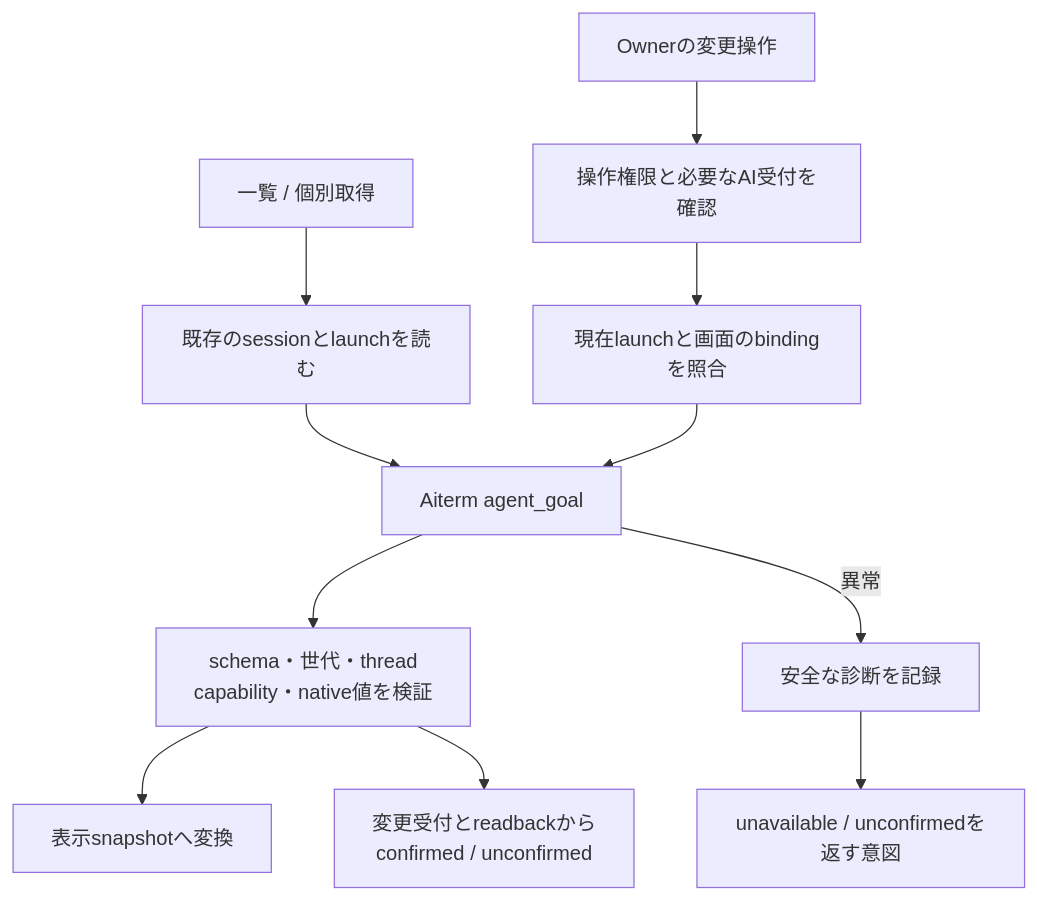
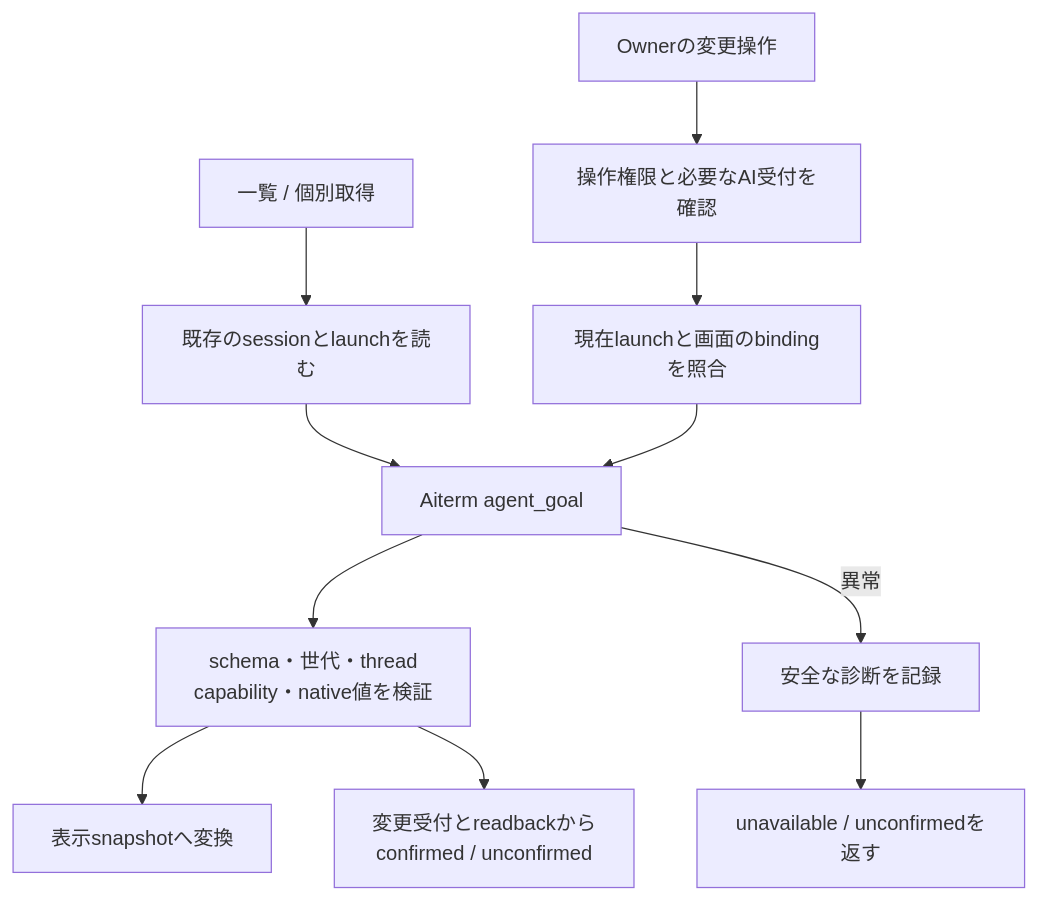
Before and after one commit to kitepon/BellTeam: the third of 3 diagrams in docs/architecture/control-details.md, drawn with Mermaid. The commit also changed other lines of this file and 18 other files, not shown here.

````diff
--- a/docs/architecture/control-details.md
+++ b/docs/architecture/control-details.md
@@ -75,13 +75,13 @@
 ```mermaid
 flowchart TD
   Read["一覧 / 個別取得"] --> Targets["既存のsessionとlaunchを読む"]
   Change["Ownerの変更操作"] --> Gate["操作権限と必要なAI受付を確認"]
   Gate --> Expected["現在launchと画面のbindingを照合"]
   Targets --> Call["Aiterm agent_goal"]
   Expected --> Call
   Call --> Validate["schema・世代・thread<br/>capability・native値を検証"]
   Validate --> Snapshot["表示snapshotへ変換"]
   Validate --> Outcome["変更受付とreadbackから<br/>confirmed / unconfirmed"]
   Call -->|"異常"| Report["安全な診断を記録"]
-  Report --> Unavailable["unavailable / unconfirmedを返す意図"]
+  Report --> Unavailable["unavailable / unconfirmedを返す"]
 ```
````
